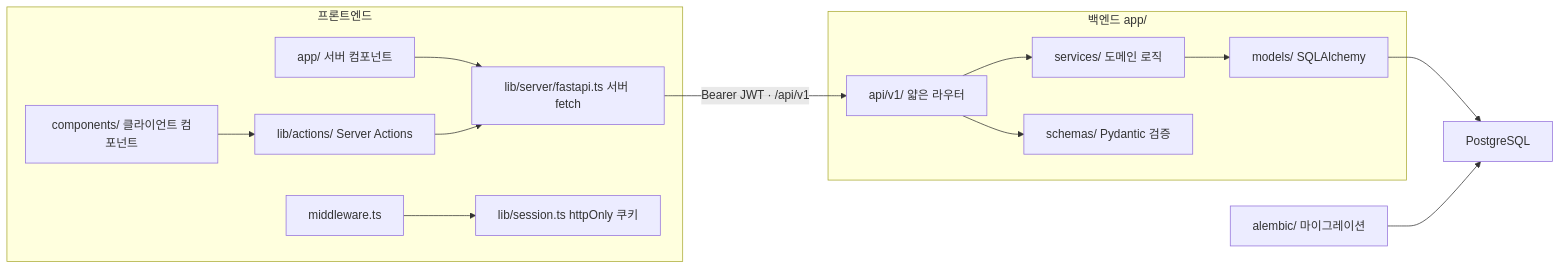
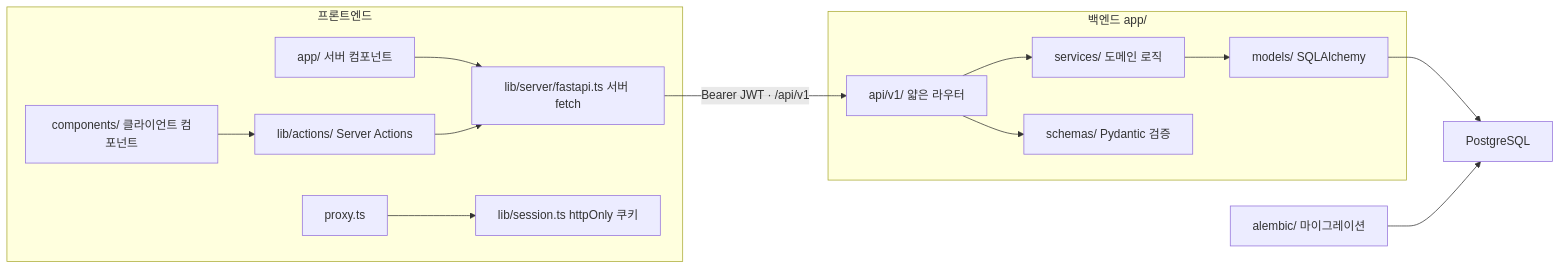
One commit to al8bright/fastapi-nextjs-pg-starter changed the fourth of 4 diagrams in README.md. Above: the diagram before and after it, drawn with Mermaid. The commit also changed other lines of this file and 16 other files, not shown here.

First line of the commit message:
[Behavioral] chore: 인증 가드 middleware.ts → proxy.ts 전환

````diff
--- a/README.md
+++ b/README.md
@@ -151,17 +151,17 @@
 ```mermaid
 flowchart LR
     subgraph FE["프론트엔드"]
       PG["app/ 서버 컴포넌트"] --> SF["lib/server/fastapi.ts 서버 fetch"]
       CC["components/ 클라이언트 컴포넌트"] --> AC["lib/actions/ Server Actions"]
       AC --> SF
-      MW["middleware.ts"] --> SS["lib/session.ts httpOnly 쿠키"]
+      MW["proxy.ts"] --> SS["lib/session.ts httpOnly 쿠키"]
     end
     subgraph BE["백엔드 app/"]
       RR["api/v1/ 얇은 라우터"] --> SV["services/ 도메인 로직"]
       RR --> SC["schemas/ Pydantic 검증"]
       SV --> MD["models/ SQLAlchemy"]
     end
     SF -->|"Bearer JWT · /api/v1"| RR
     MD --> DB["PostgreSQL"]
     AL["alembic/ 마이그레이션"] --> DB
 ```
````
